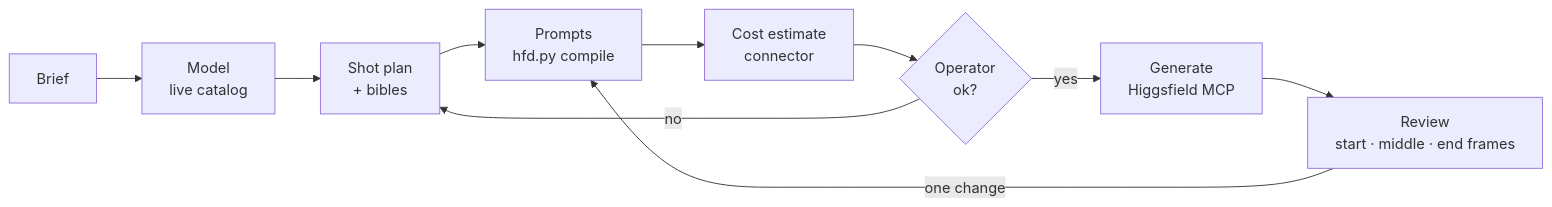
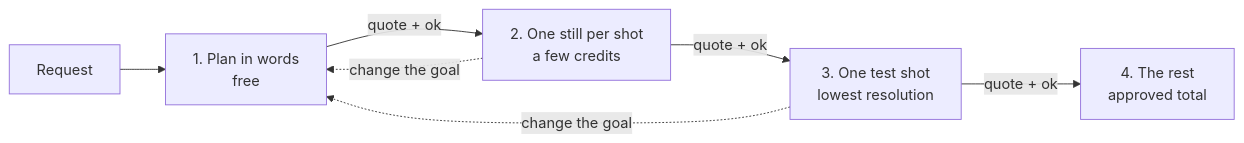
One commit to rniedson/higgsfield-director-pro-skill changed the second of 2 diagrams in README.md. Above: the diagram before and after it, drawn with Mermaid. The commit also changed other lines of this file and 18 other files, not shown here.

````diff
--- a/README.md
+++ b/README.md
@@ -226,12 +256,9 @@
 ```mermaid
 flowchart LR
-    A[Brief] --> B[Model<br/>live catalog]
-    B --> C[Shot plan<br/>+ bibles]
-    C --> D[Prompts<br/>hfd.py compile]
-    D --> E[Cost estimate<br/>connector]
-    E --> F{Operator<br/>ok?}
-    F -- yes --> G[Generate<br/>Higgsfield MCP]
-    F -- no --> C
-    G --> H[Review<br/>start · middle · end frames]
-    H -- one change --> D
+    A[Request] --> B[1. Plan in words<br/>free]
+    B -->|quote + ok| C[2. One still per shot<br/>a few credits]
+    C -->|quote + ok| D[3. One test shot<br/>lowest resolution]
+    D -->|quote + ok| E[4. The rest<br/>approved total]
+    C -. change the goal .-> B
+    D -. change the goal .-> B
 ```
````
